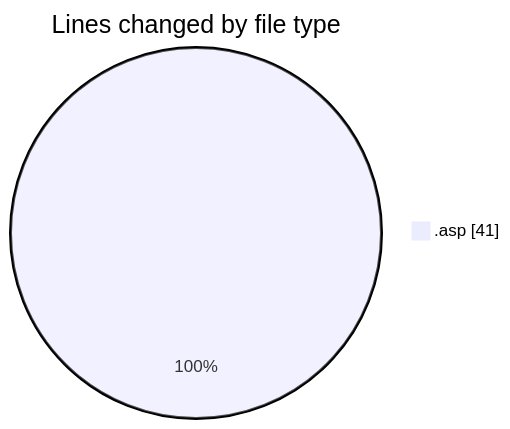
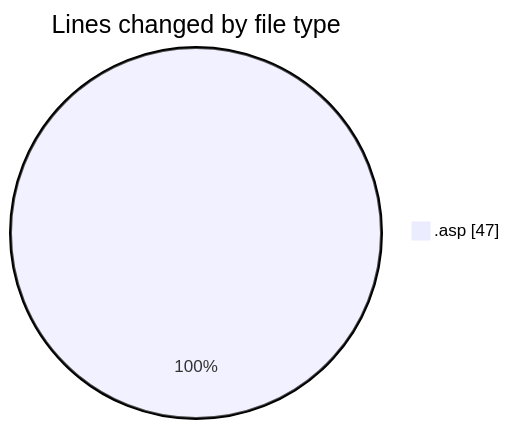
Before and after one commit to julien-gomy/code-tracking: the first of 2 diagrams in 2025-11-01/cdp_aleoudev_fr__workspace_/README.md, drawn with Mermaid. The commit also changed other lines of this file and 1 other file, not shown here.

````diff
--- a/2025-11-01/cdp_aleoudev_fr__workspace_/README.md
+++ b/2025-11-01/cdp_aleoudev_fr__workspace_/README.md
@@ -22,5 +23,5 @@
 ```mermaid
 pie showData
 title Lines changed by file type
-".asp" : 41
+".asp" : 47
 ```
````
